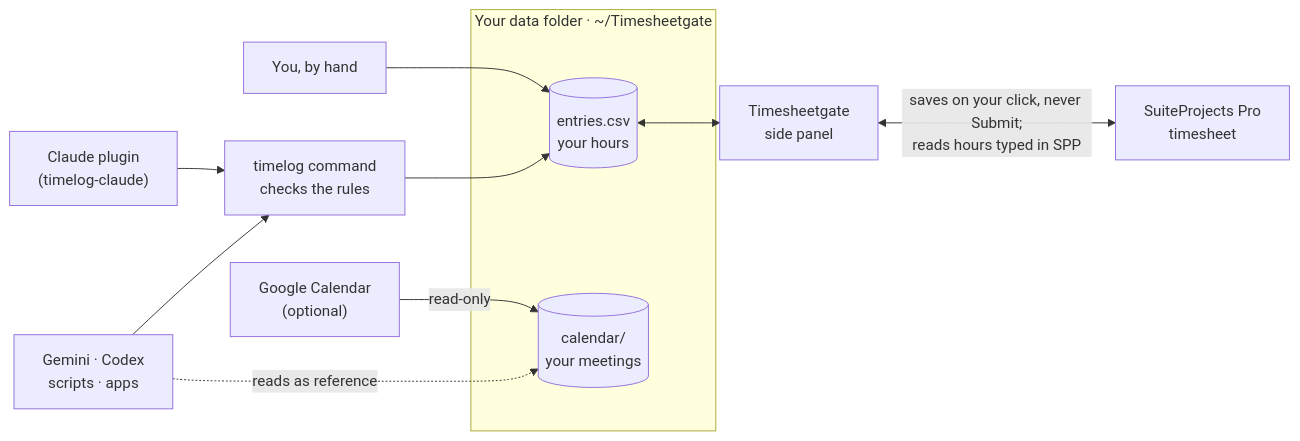
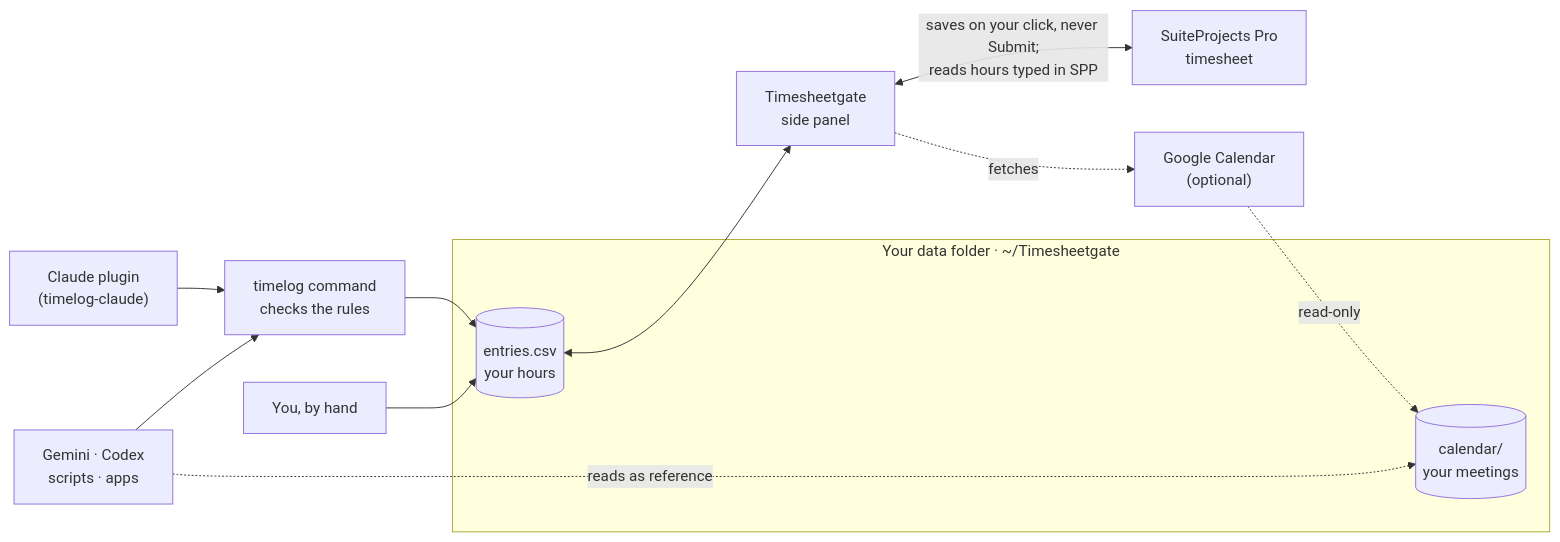
Before and after one commit to sedojj/timesheetgate: the diagram in README.md, drawn with Mermaid.

Commit message:
docs: Google Calendar right of the data folder, fetched by the panel

````diff
--- a/README.md
+++ b/README.md
@@ -17,15 +17,16 @@
 ```mermaid
 flowchart LR
   claude["Claude plugin<br/>(timelog-claude)"] --> cli["timelog command<br/>checks the rules"]
   agents["Gemini · Codex<br/>scripts · apps"] --> cli
   you["You, by hand"] --> file
   cli --> file
   subgraph folder["Your data folder · ~/Timesheetgate"]
     file[("entries.csv<br/>your hours")]
     cal[("calendar/<br/>your meetings")]
   end
-  gcal["Google Calendar<br/>(optional)"] -- "read-only" --> cal
   agents -. "reads as reference" .-> cal
   file <--> panel["Timesheetgate<br/>side panel"]
   panel <-- "saves on your click, never Submit;<br/>reads hours typed in SPP" --> spp["SuiteProjects Pro<br/>timesheet"]
+  panel -. "fetches" .-> gcal["Google Calendar<br/>(optional)"]
+  gcal -. "read-only" .-> cal
 ```
````
